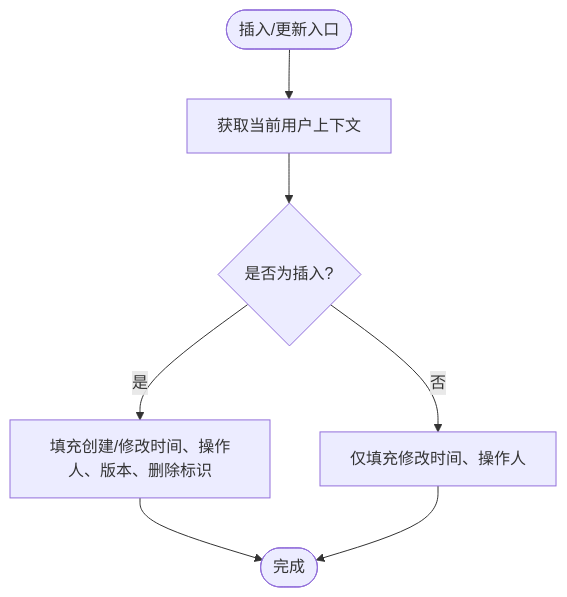
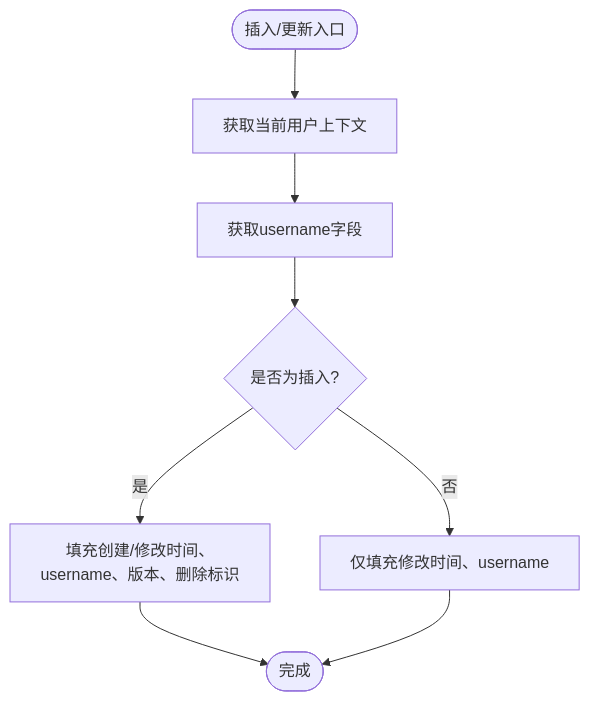
The third of 5 diagrams in .qoder/repowiki/zh/content/后端服务/公共模块 (ele-ai-tender-common)/数据访问层封装.md (DrunkFood/First), drawn with Mermaid before and after one commit. The commit also changed other lines of this file and 93 other files, not shown here.

````diff
--- a/.qoder/repowiki/zh/content/后端服务/公共模块 (ele-ai-tender-common)/数据访问层封装.md
+++ b/.qoder/repowiki/zh/content/后端服务/公共模块 (ele-ai-tender-common)/数据访问层封装.md
@@ -183,9 +214,10 @@
 ```mermaid
 flowchart TD
 Start(["插入/更新入口"]) --> CheckCtx["获取当前用户上下文"]
-CheckCtx --> FillInsert{"是否为插入?"}
-FillInsert --> |是| DoInsert["填充创建/修改时间、操作人、版本、删除标识"]
-FillInsert --> |否| DoUpdate["仅填充修改时间、操作人"]
+CheckCtx --> GetUsername["获取username字段"]
+GetUsername --> FillInsert{"是否为插入?"}
+FillInsert --> |是| DoInsert["填充创建/修改时间、username、版本、删除标识"]
+FillInsert --> |否| DoUpdate["仅填充修改时间、username"]
 DoInsert --> End(["完成"])
 DoUpdate --> End
 ```
````
